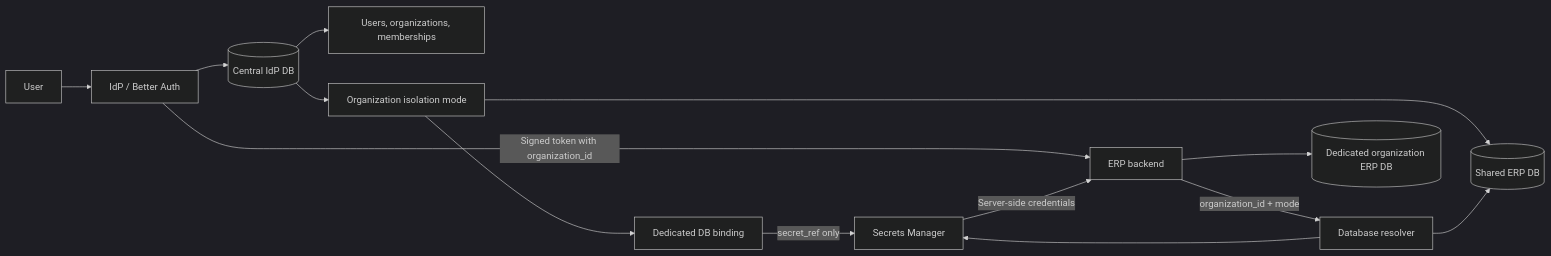
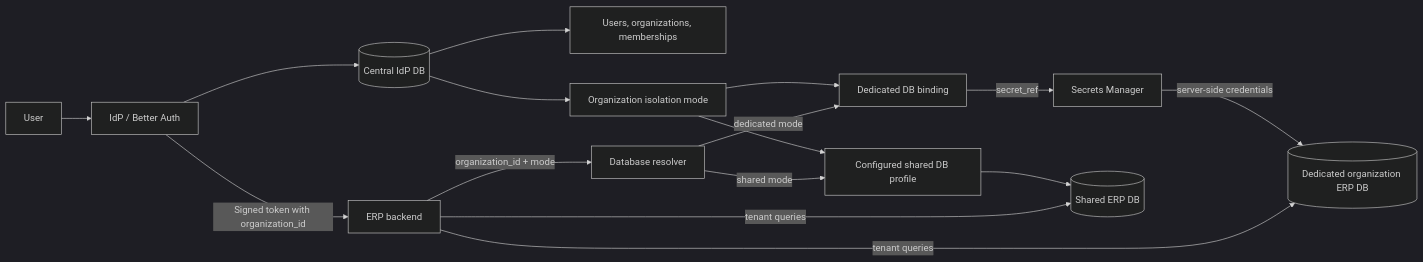
The diagram in ORGANIZATION_PER_TENANT_DATABASE_PLAN.md (logi-x-pair/idp-logixpair), drawn with Mermaid (dark theme) before and after one commit. The commit also changed other lines of this file, not shown here.

Commit message:
docs: clarify shared tenant database routing

````diff
--- a/ORGANIZATION_PER_TENANT_DATABASE_PLAN.md
+++ b/ORGANIZATION_PER_TENANT_DATABASE_PLAN.md
@@ -40,18 +40,20 @@
 ```mermaid
 flowchart LR
     User[User] --> IdP[IdP / Better Auth]
     IdP --> ControlDB[(Central IdP DB)]
 
     ControlDB --> Identity[Users, organizations, memberships]
     ControlDB --> Deployment[Organization isolation mode]
-    Deployment --> SharedDB[(Shared ERP DB)]
+    Deployment --> SharedProfile[Configured shared DB profile]
     Deployment --> Binding[Dedicated DB binding]
-    Binding -->|secret_ref only| Secrets[Secrets Manager]
+    Binding -->|secret_ref| Secrets[Secrets Manager]
 
     IdP -->|Signed token with organization_id| ERP[ERP backend]
     ERP -->|organization_id + mode| Resolver[Database resolver]
-    Resolver --> SharedDB
-    Resolver --> Secrets
-    Secrets -->|Server-side credentials| ERP
-    ERP --> DedicatedDB[(Dedicated organization ERP DB)]
+    Resolver -->|shared mode| SharedProfile
+    SharedProfile --> SharedDB[(Shared ERP DB)]
+    Resolver -->|dedicated mode| Binding
+    Secrets -->|server-side credentials| DedicatedDB[(Dedicated organization ERP DB)]
+    ERP -->|tenant queries| SharedDB
+    ERP -->|tenant queries| DedicatedDB
 ```
````
